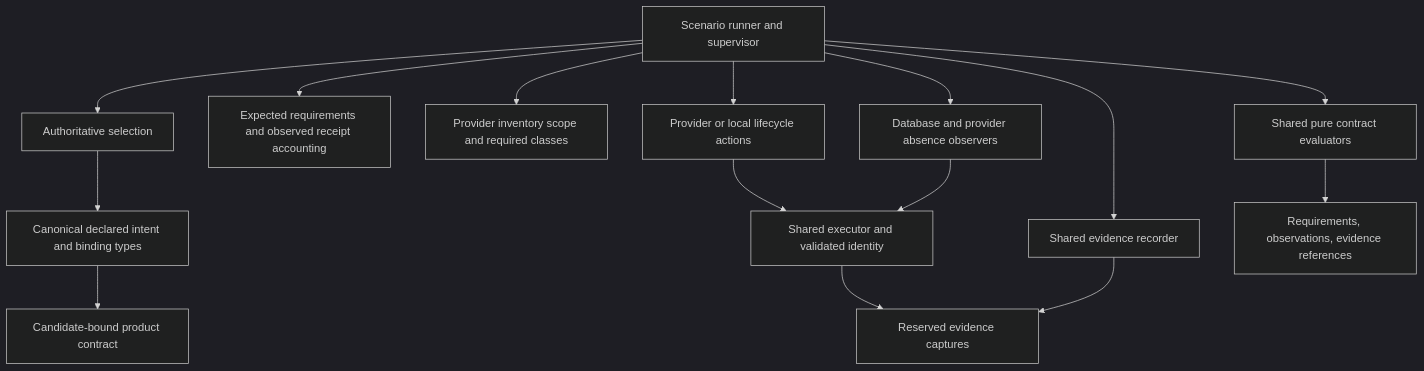
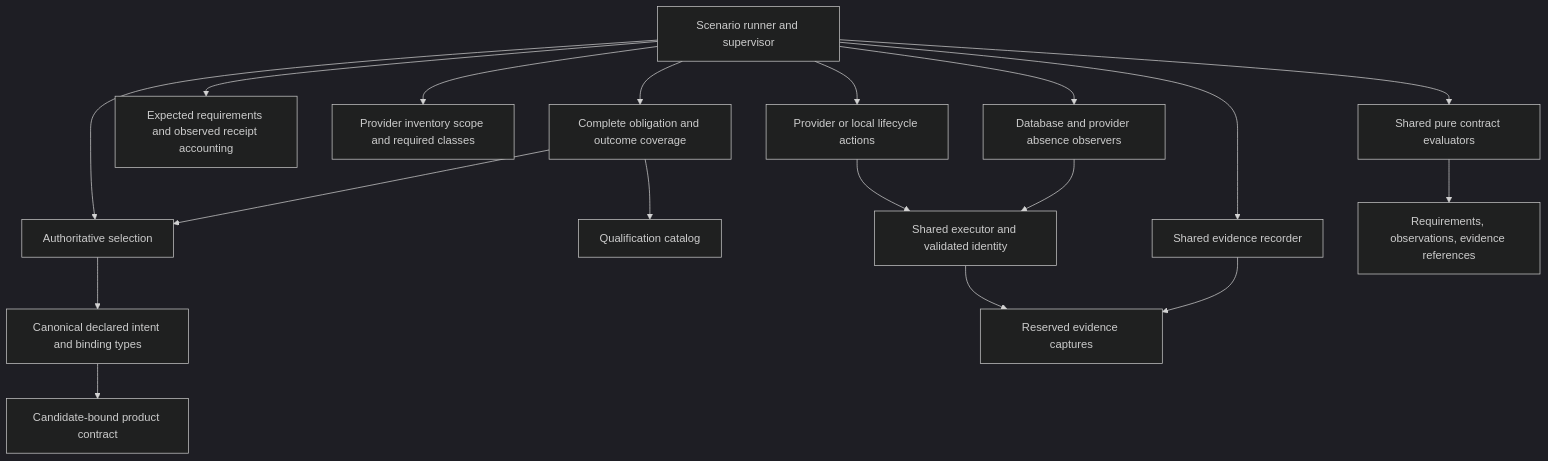
One commit to sol-fab/sol changed the diagram in internal/qualification/runner/architecture-proposal.md. Above: the diagram before and after it, drawn with Mermaid (dark theme). The commit also changed other lines of this file and 2 other files, not shown here.

Commit message:
docs(qualification): resolve coverage, receipt ownership and durable evidence gates

````diff
--- a/internal/qualification/runner/architecture-proposal.md
+++ b/internal/qualification/runner/architecture-proposal.md
@@ -723,17 +906,20 @@
 ```mermaid
 flowchart TD
   Runner[Scenario runner and supervisor] --> Selection[Authoritative selection]
+  Runner --> Obligations[Complete obligation and outcome coverage]
+  Obligations --> Policy[Qualification catalog]
+  Obligations --> Selection
   Selection --> Intent[Canonical declared intent and binding types]
   Intent --> Binding[Candidate-bound product contract]
   Runner --> Reconciliation[Expected requirements and observed receipt accounting]
   Runner --> Scope[Provider inventory scope and required classes]
   Runner --> Actions[Provider or local lifecycle actions]
   Actions --> Executor[Shared executor and validated identity]
   Runner --> Observer[Database and provider absence observers]
   Observer --> Executor
   Runner --> Contract[Shared pure contract evaluators]
   Runner --> Recorder[Shared evidence recorder]
   Executor --> Capture[Reserved evidence captures]
   Recorder --> Capture
   Contract --> Domain[Requirements, observations, evidence references]
 ```
````
